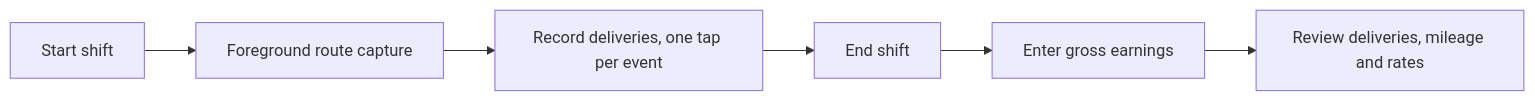
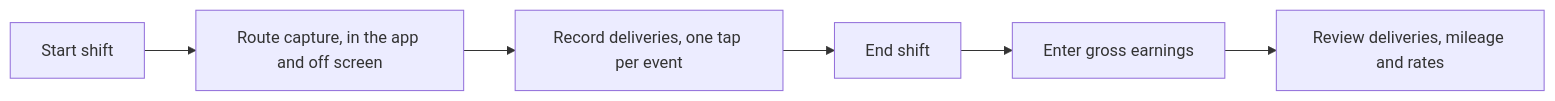
Before and after one commit to quangshuynh/dashpilot: the diagram in docs/index.md, drawn with Mermaid. The commit also changed other lines of this file and 13 other files, not shown here.

First line of the commit message:
docs: describe recording that continues while DashPilot is off screen

````diff
--- a/docs/index.md
+++ b/docs/index.md
@@ -30,8 +30,8 @@
 ```mermaid
 flowchart LR
-    A[Start shift] --> B[Foreground route capture]
+    A[Start shift] --> B[Route capture, in the app and off screen]
     B --> C[Record deliveries, one tap per event]
     C --> D[End shift]
     D --> E[Enter gross earnings]
     E --> F[Review deliveries, mileage and rates]
 ```
````
